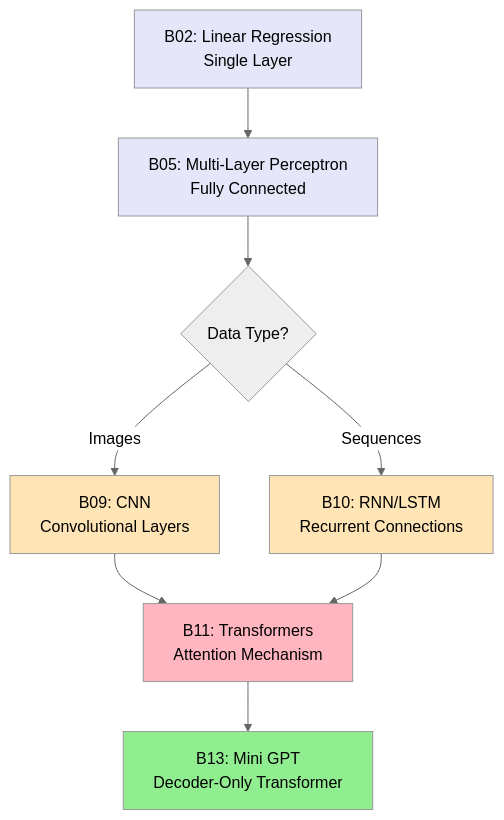
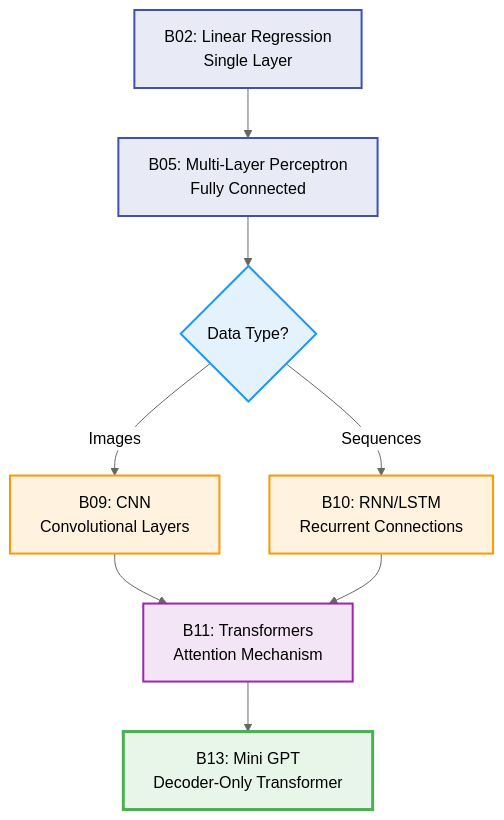
One commit to nexageapps/AI changed the fifth of 10 diagrams in Basic/README.md. Above: the diagram before and after it, drawn with Mermaid (neutral theme). The commit also changed other lines of this file, not shown here.

````diff
--- a/Basic/README.md
+++ b/Basic/README.md
@@ -299,17 +299,18 @@
 ```mermaid
 graph TD
-    A[B02: Linear Regression<br/>Single Layer] --> B[B05: Multi-Layer Perceptron<br/>Fully Connected]
-    B --> C{Data Type?}
-    C -->|Images| D[B09: CNN<br/>Convolutional Layers]
-    C -->|Sequences| E[B10: RNN/LSTM<br/>Recurrent Connections]
-    D --> F[B11: Transformers<br/>Attention Mechanism]
+    A["B02: Linear Regression<br/>Single Layer"] --> B["B05: Multi-Layer Perceptron<br/>Fully Connected"]
+    B --> C{"Data Type?"}
+    C -->|"Images"| D["B09: CNN<br/>Convolutional Layers"]
+    C -->|"Sequences"| E["B10: RNN/LSTM<br/>Recurrent Connections"]
+    D --> F["B11: Transformers<br/>Attention Mechanism"]
     E --> F
-    F --> G[B13: Mini GPT<br/>Decoder-Only Transformer]
+    F --> G["B13: Mini GPT<br/>Decoder-Only Transformer"]
     
-    style A fill:#E6E6FA
-    style B fill:#E6E6FA
-    style D fill:#FFE4B5
-    style E fill:#FFE4B5
-    style F fill:#FFB6C1
-    style G fill:#90EE90
+    style A fill:#e8eaf6,stroke:#3f51b5,stroke-width:2px,color:#000
+    style B fill:#e8eaf6,stroke:#3f51b5,stroke-width:2px,color:#000
+    style D fill:#fff3e0,stroke:#ff9800,stroke-width:2px,color:#000
+    style E fill:#fff3e0,stroke:#ff9800,stroke-width:2px,color:#000
+    style F fill:#f3e5f5,stroke:#9c27b0,stroke-width:2px,color:#000
+    style G fill:#e8f5e9,stroke:#4caf50,stroke-width:3px,color:#000
+    style C fill:#e3f2fd,stroke:#2196f3,stroke-width:2px,color:#000
 ```
````
